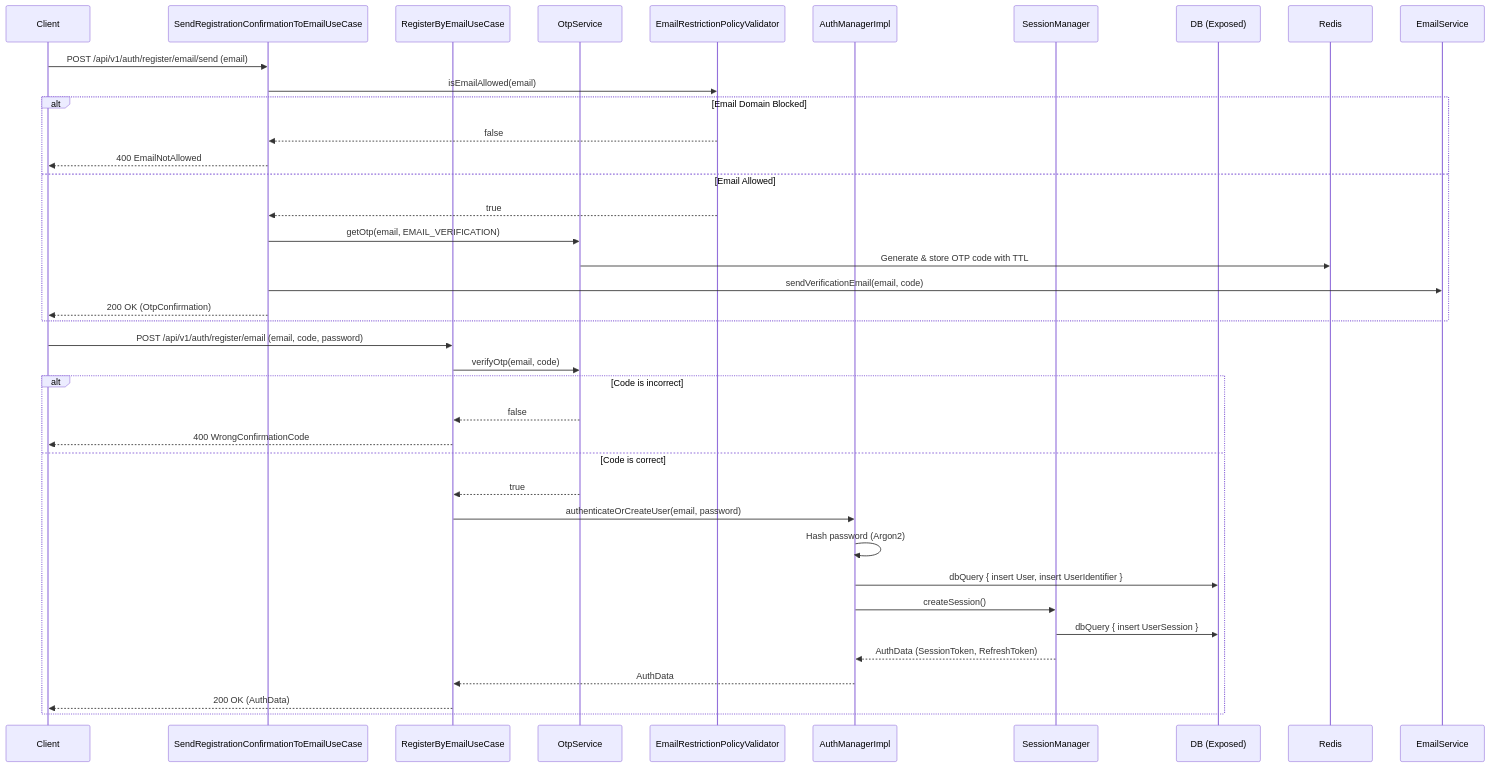
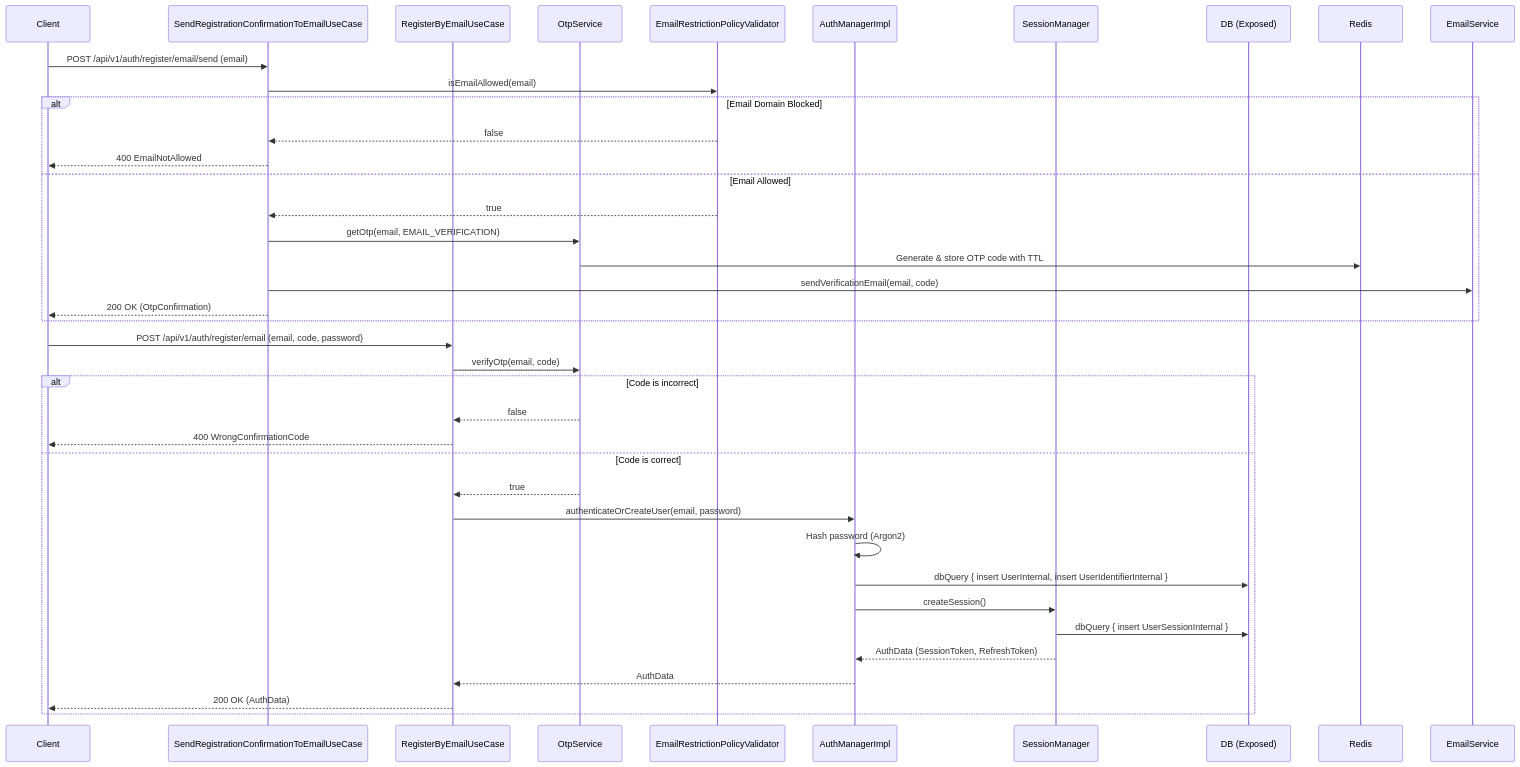
One commit to mudrichenkoevgeny/backend-platform-sdk changed the first of 5 diagrams in docs/architecture/flows/authentication.md. Above: the diagram before and after it, drawn with Mermaid. The commit also changed other lines of this file and 25 other files, not shown here.

````diff
--- a/docs/architecture/flows/authentication.md
+++ b/docs/architecture/flows/authentication.md
@@ -9,47 +9,47 @@
 ```mermaid
 sequenceDiagram
     participant Client
     participant SendOTP as SendRegistrationConfirmationToEmailUseCase
     participant Register as RegisterByEmailUseCase
     participant OtpService
     participant EmailPolicy as EmailRestrictionPolicyValidator
     participant AuthManager as AuthManagerImpl
     participant Session as SessionManager
     participant Postgres as DB (Exposed)
 
     %% Step 1: Request OTP
     Client->>SendOTP: POST /api/v1/auth/register/email/send (email)
     SendOTP->>EmailPolicy: isEmailAllowed(email)
     
     alt Email Domain Blocked
         EmailPolicy-->>SendOTP: false
         SendOTP-->>Client: 400 EmailNotAllowed
     else Email Allowed
         EmailPolicy-->>SendOTP: true
         SendOTP->>OtpService: getOtp(email, EMAIL_VERIFICATION)
         OtpService->>Redis: Generate & store OTP code with TTL
         SendOTP->>EmailService: sendVerificationEmail(email, code)
         SendOTP-->>Client: 200 OK (OtpConfirmation)
     end
 
     %% Step 2: Submit Registration
     Client->>Register: POST /api/v1/auth/register/email (email, code, password)
     Register->>OtpService: verifyOtp(email, code)
     
     alt Code is incorrect
         OtpService-->>Register: false
         Register-->>Client: 400 WrongConfirmationCode
     else Code is correct
         OtpService-->>Register: true
         Register->>AuthManager: authenticateOrCreateUser(email, password)
         AuthManager->>AuthManager: Hash password (Argon2)
-        AuthManager->>Postgres: dbQuery { insert User, insert UserIdentifier }
+        AuthManager->>Postgres: dbQuery { insert UserInternal, insert UserIdentifierInternal }
         
         AuthManager->>Session: createSession()
-        Session->>Postgres: dbQuery { insert UserSession }
+        Session->>Postgres: dbQuery { insert UserSessionInternal }
         Session-->>AuthManager: AuthData (SessionToken, RefreshToken)
         
         AuthManager-->>Register: AuthData
         Register-->>Client: 200 OK (AuthData)
     end
 ```
````
